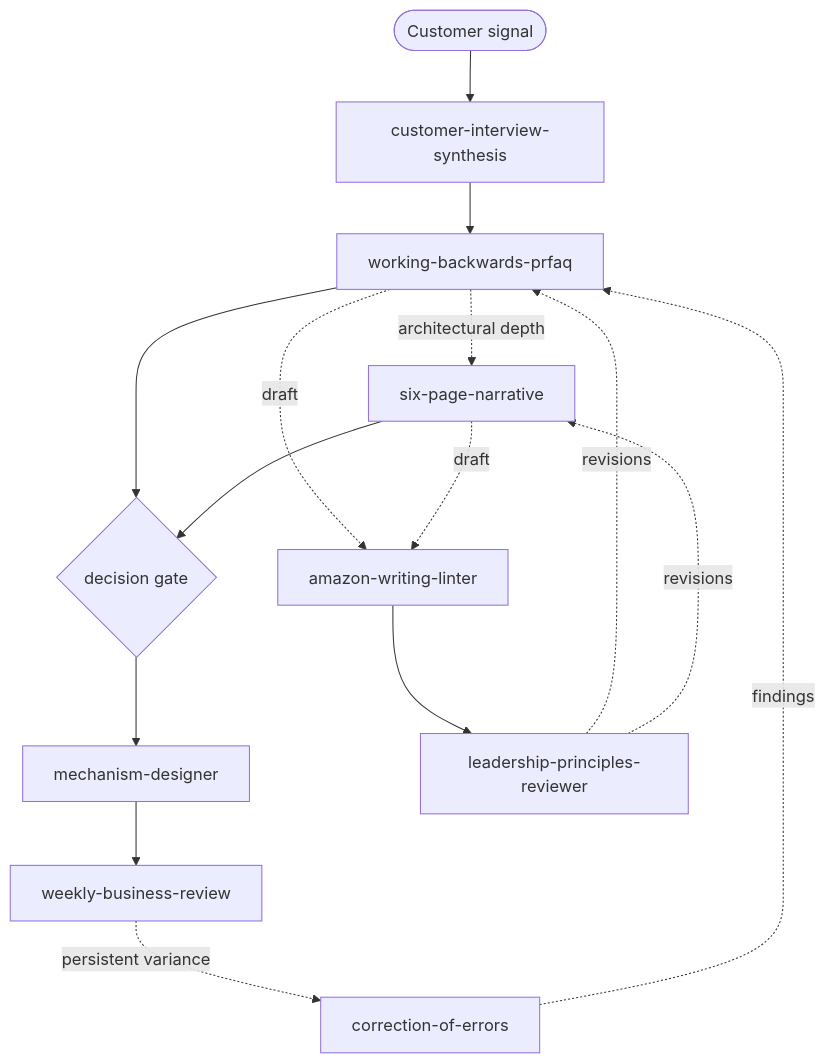
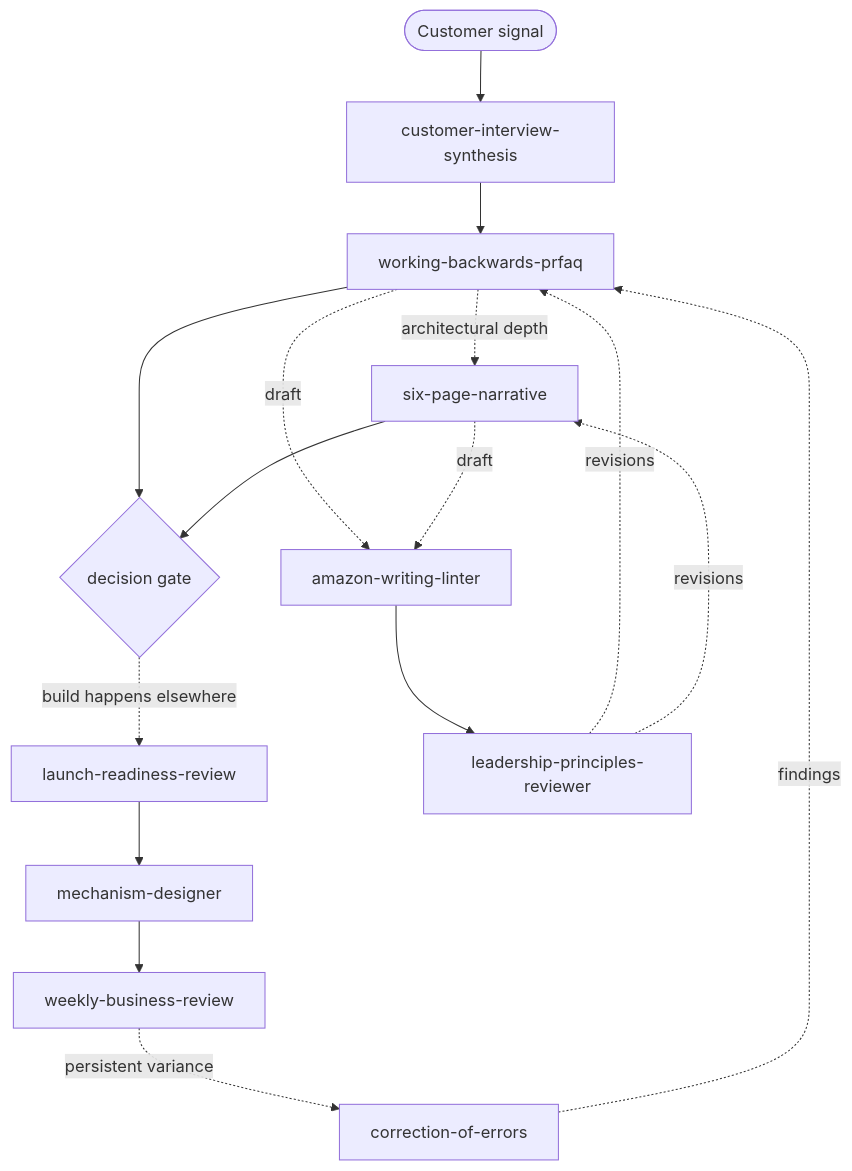
Before and after one commit to ford-at-home/amazonian: the diagram in README.md, drawn with Mermaid. The commit also changed other lines of this file and 4 other files, not shown here.

First line of the commit message:
feat(skills): add launch-readiness-review (Design/Build → Launch)

````diff
--- a/README.md
+++ b/README.md
@@ -42,18 +42,19 @@
 ```mermaid
 flowchart TD
     Signal([Customer signal]) --> CIS[customer-interview-synthesis]
     CIS --> PRFAQ[working-backwards-prfaq]
     PRFAQ -.->|architectural depth| SIX[six-page-narrative]
     PRFAQ --> GATE{decision gate}
     SIX --> GATE
-    GATE --> MECH[mechanism-designer]
+    GATE -.->|build happens elsewhere| LRR[launch-readiness-review]
+    LRR --> MECH[mechanism-designer]
     MECH --> WBR[weekly-business-review]
     WBR -.->|persistent variance| COE[correction-of-errors]
     COE -.->|findings| PRFAQ
 
     PRFAQ -.->|draft| LINT[amazon-writing-linter]
     SIX -.->|draft| LINT
     LINT --> LPR[leadership-principles-reviewer]
     LPR -.->|revisions| PRFAQ
     LPR -.->|revisions| SIX
 ```
````
